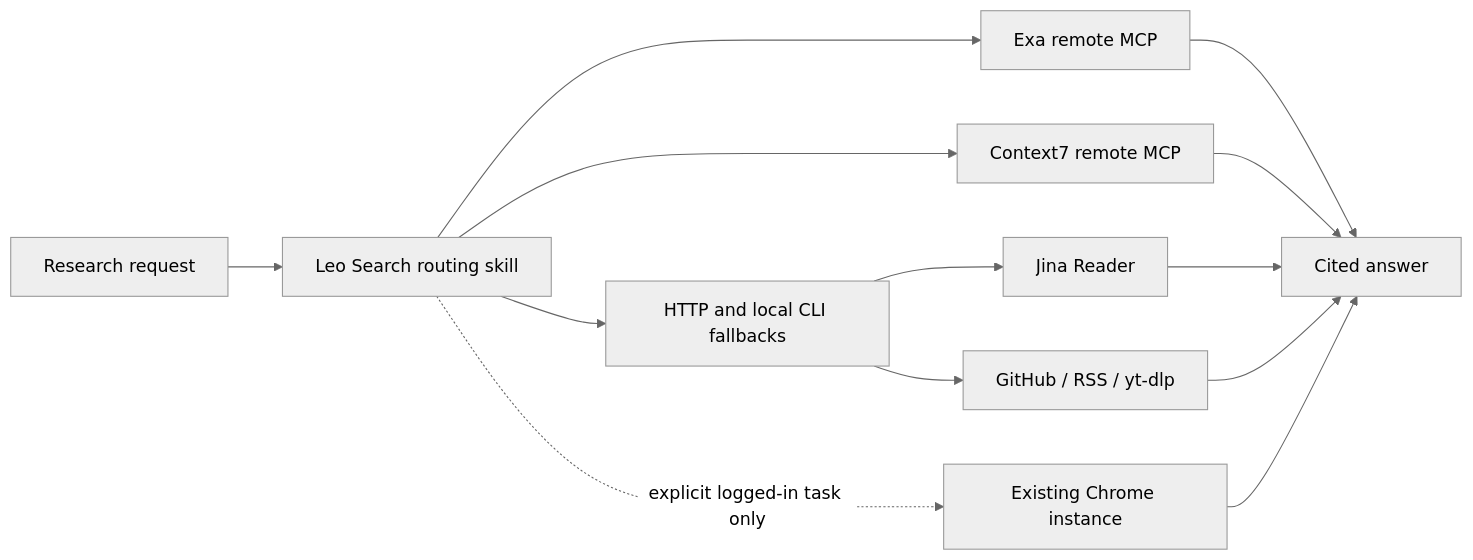
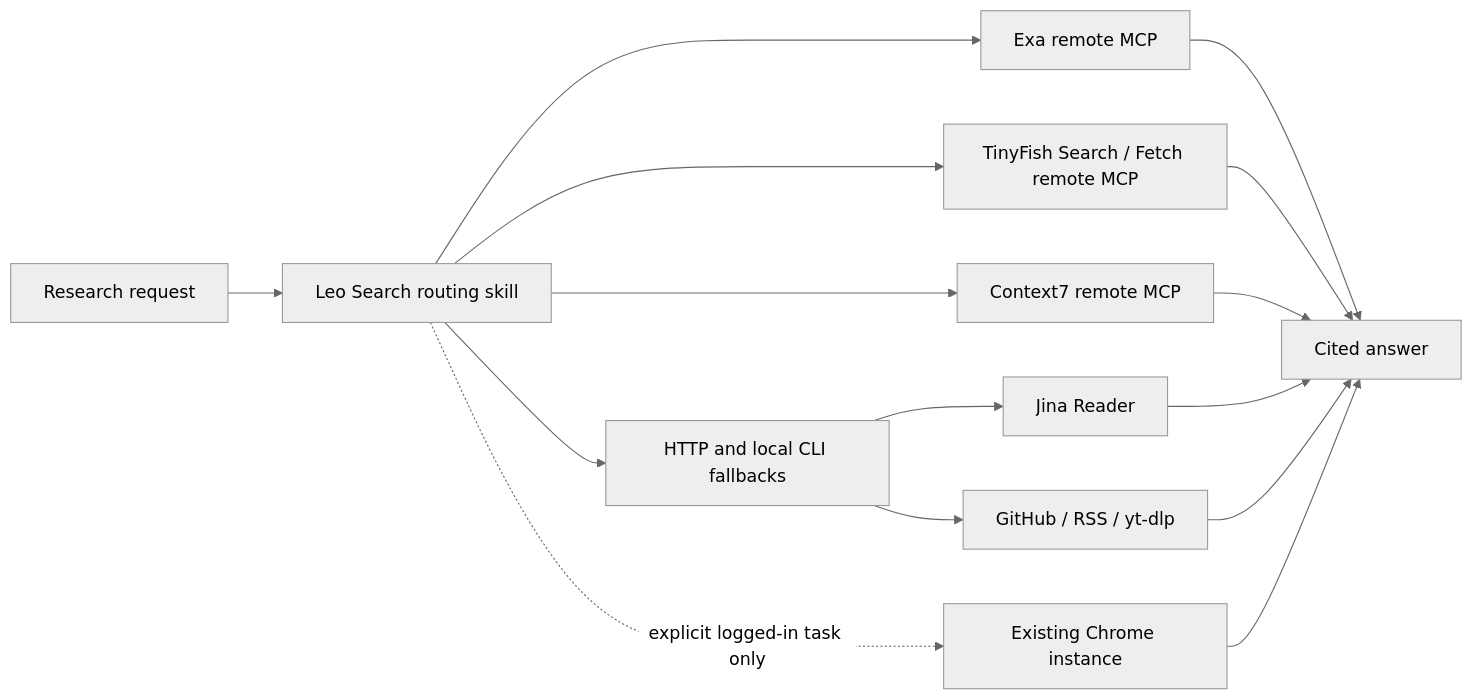
The diagram in README.md (leoyb1010/leo-search), drawn with Mermaid (neutral theme) before and after one commit. The commit also changed other lines of this file and 7 other files, not shown here.

Commit message:
feat: integrate TinyFish search and fetch

````diff
--- a/README.md
+++ b/README.md
@@ -62,15 +72,17 @@
 ```mermaid
 flowchart LR
   U["Research request"] --> R["Leo Search routing skill"]
   R --> E["Exa remote MCP"]
+  R --> T["TinyFish Search / Fetch remote MCP"]
   R --> C["Context7 remote MCP"]
   R --> H["HTTP and local CLI fallbacks"]
   H --> J["Jina Reader"]
   H --> G["GitHub / RSS / yt-dlp"]
   R -. "explicit logged-in task only" .-> X["Existing Chrome instance"]
   E --> A["Cited answer"]
+  T --> A
   C --> A
   J --> A
   G --> A
   X --> A
 ```
````
